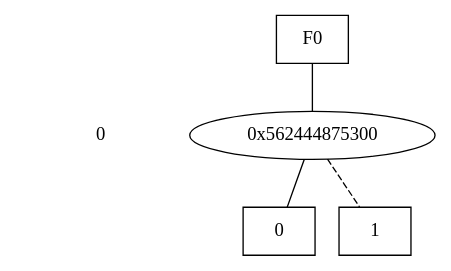
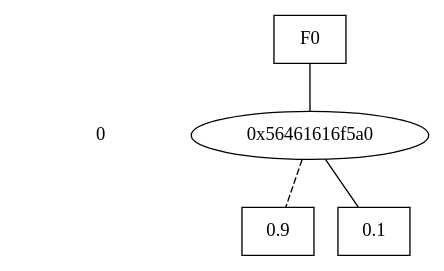
Before and after one commit to AAU-Dat/CuPAAL: the diagram in step_results/initial_states.dot, drawn with Graphviz. The commit also changed 38 other files, not shown here.

```diff
--- a/step_results/initial_states.dot
+++ b/step_results/initial_states.dot
@@ -1,25 +1,25 @@
 digraph "DD" {
 size = "7.5,10"
 center = true;
 edge [dir = none];
 { node [shape = plaintext];
   edge [style = invis];
   "CONST NODES" [style = invis];
 " 0 " -> "CONST NODES"; 
 }
 { rank = same; node [shape = box]; edge [style = invis];
 "F0"; }
 { rank = same; " 0 ";
-"0x562444875300";
+"0x56461616f5a0";
 }
 { rank = same; "CONST NODES";
-{ node [shape = box]; "0x562444875260";
-"0x562444875240";
+{ node [shape = box]; "0x56461616f520";
+"0x56461616f4a0";
 }
 }
-"F0" -> "0x562444875300" [style = solid];
-"0x562444875300" -> "0x562444875260";
-"0x562444875300" -> "0x562444875240" [style = dashed];
-"0x562444875260" [label = "0"];
-"0x562444875240" [label = "1"];
+"F0" -> "0x56461616f5a0" [style = solid];
+"0x56461616f5a0" -> "0x56461616f4a0";
+"0x56461616f5a0" -> "0x56461616f520" [style = dashed];
+"0x56461616f520" [label = "0.9"];
+"0x56461616f4a0" [label = "0.1"];
 }
```
